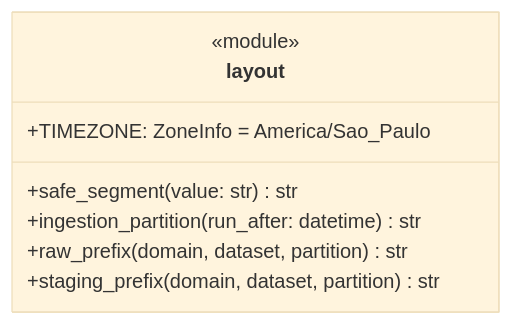
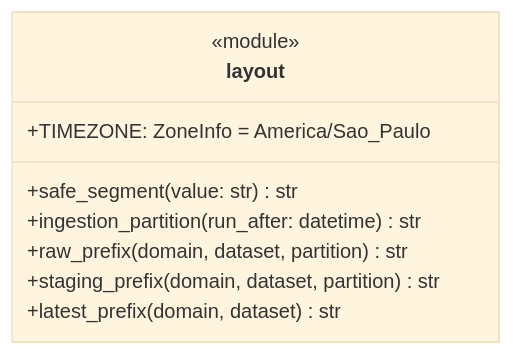
One commit to GovHub-br/data-application-cidades changed the second of 8 diagrams in docs/ingestao/diagrama-classes.md. Above: the diagram before and after it, drawn with Mermaid (base theme). The commit also changed other lines of this file and 5 other files, not shown here.

````diff
--- a/docs/ingestao/diagrama-classes.md
+++ b/docs/ingestao/diagrama-classes.md
@@ -57,11 +57,12 @@
 ```mermaid
 classDiagram
     class layout {
         <<module>>
         +TIMEZONE: ZoneInfo = America/Sao_Paulo
         +safe_segment(value: str) str
         +ingestion_partition(run_after: datetime) str
         +raw_prefix(domain, dataset, partition) str
         +staging_prefix(domain, dataset, partition) str
+        +latest_prefix(domain, dataset) str
     }
 ```
````
